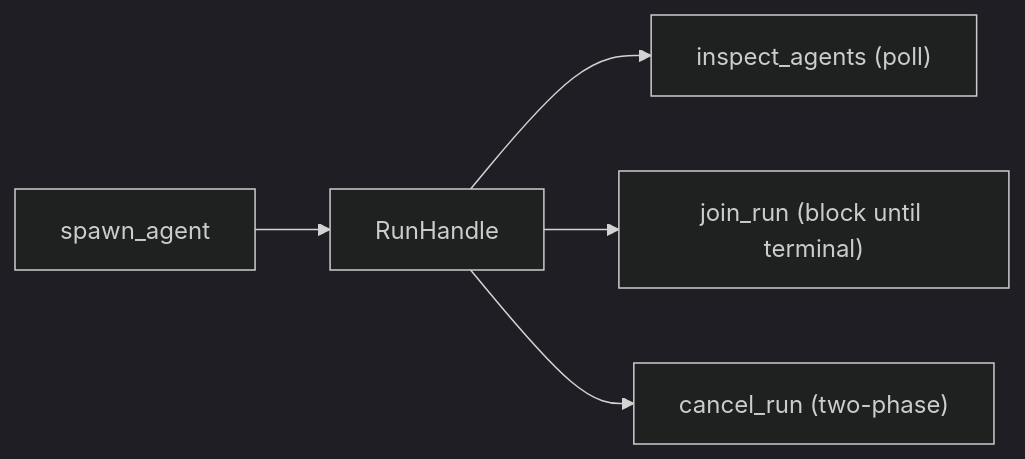
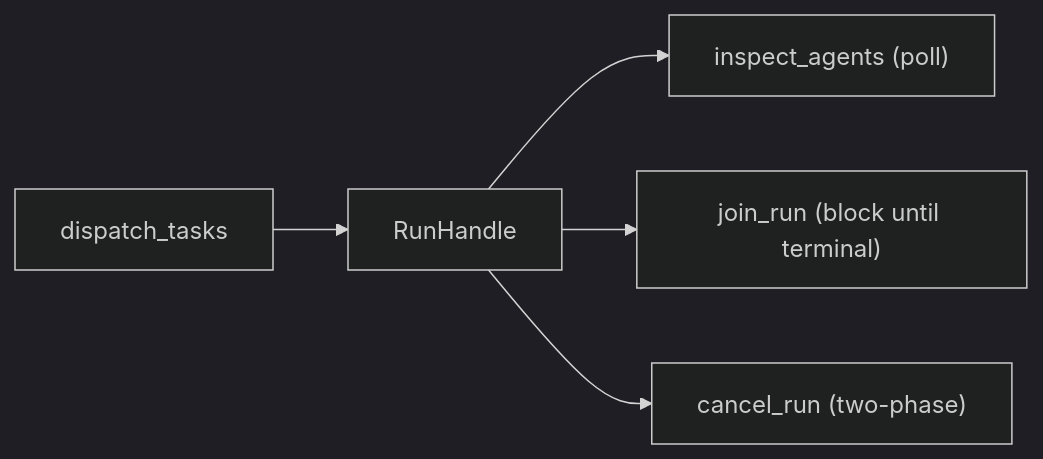
Before and after one commit to MiviaLabs/mivia-agent: the diagram in docs/architecture/concurrency.md, drawn with Mermaid (dark theme). The commit also changed other lines of this file and 8 other files, not shown here.

First line of the commit message:
docs(agent): document unified dispatch_tasks tool surface

````diff
--- a/docs/architecture/concurrency.md
+++ b/docs/architecture/concurrency.md
@@ -22,7 +22,7 @@
 ```mermaid
 flowchart LR
-    spawn_agent --> RunHandle
+    dispatch_tasks --> RunHandle
     RunHandle --> inspect_agents["inspect_agents (poll)"]
     RunHandle --> join_run["join_run (block until terminal)"]
     RunHandle --> cancel_run["cancel_run (two-phase)"]
 ```
````
